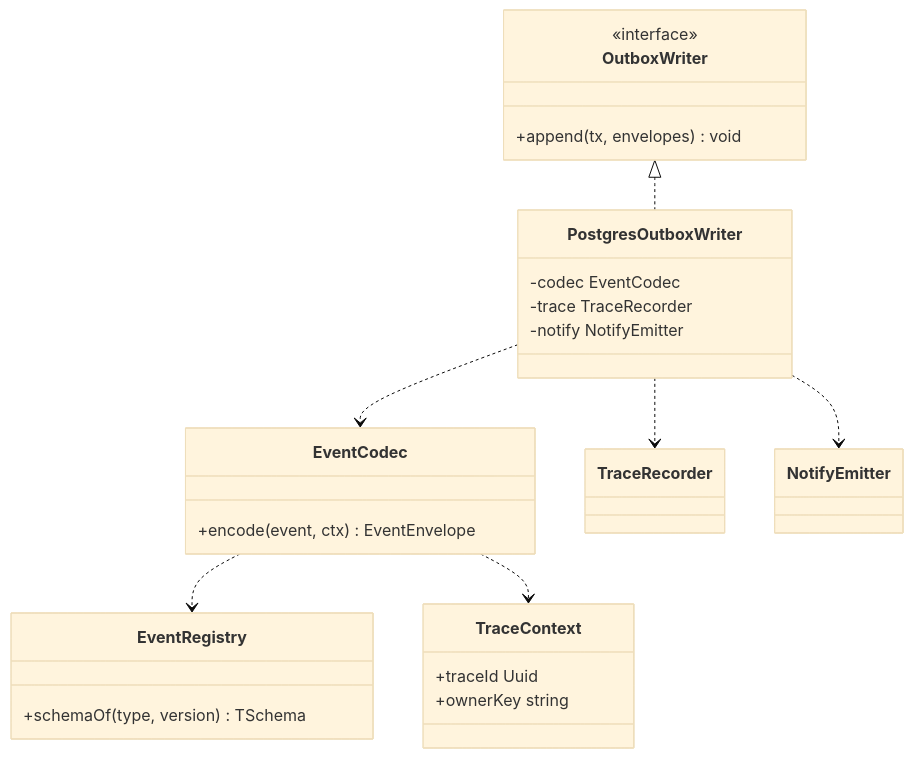
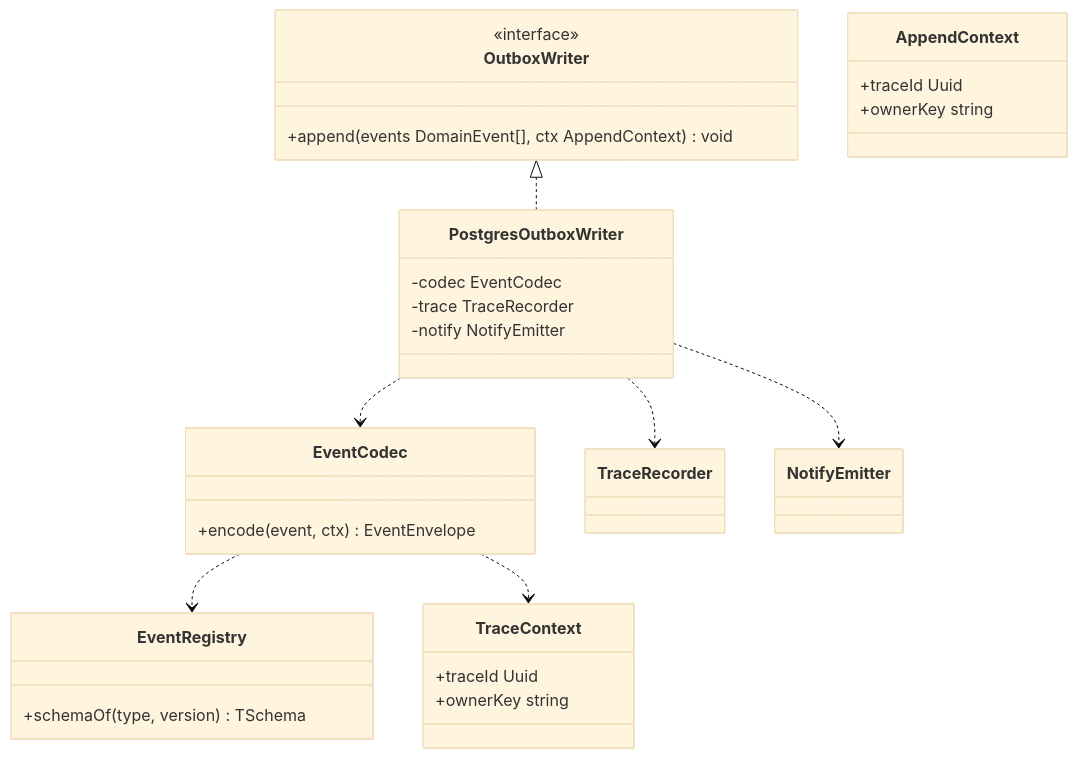
One commit to 1985jwlee/portpolio_backend changed the fifth of 47 diagrams in docs/design/features/13-events-pipeline.md. Above: the diagram before and after it, drawn with Mermaid (base theme). The commit also changed other lines of this file and 33 other files, not shown here.

````diff
--- a/docs/design/features/13-events-pipeline.md
+++ b/docs/design/features/13-events-pipeline.md
@@ -612,28 +629,32 @@
 ```mermaid
 classDiagram
     class OutboxWriter {
         <<interface>>
-        +append(tx, envelopes) void
+        +append(events DomainEvent[], ctx AppendContext) void
+    }
+    class AppendContext {
+        +traceId Uuid
+        +ownerKey string
     }
     class PostgresOutboxWriter {
         -codec EventCodec
         -trace TraceRecorder
         -notify NotifyEmitter
     }
     class EventCodec {
         +encode(event, ctx) EventEnvelope
     }
     class EventRegistry {
         +schemaOf(type, version) TSchema
     }
     class TraceContext {
         +traceId Uuid
         +ownerKey string
     }
     OutboxWriter <|.. PostgresOutboxWriter
     PostgresOutboxWriter ..> EventCodec
     PostgresOutboxWriter ..> TraceRecorder
     PostgresOutboxWriter ..> NotifyEmitter
     EventCodec ..> EventRegistry
     EventCodec ..> TraceContext
 ```
````
